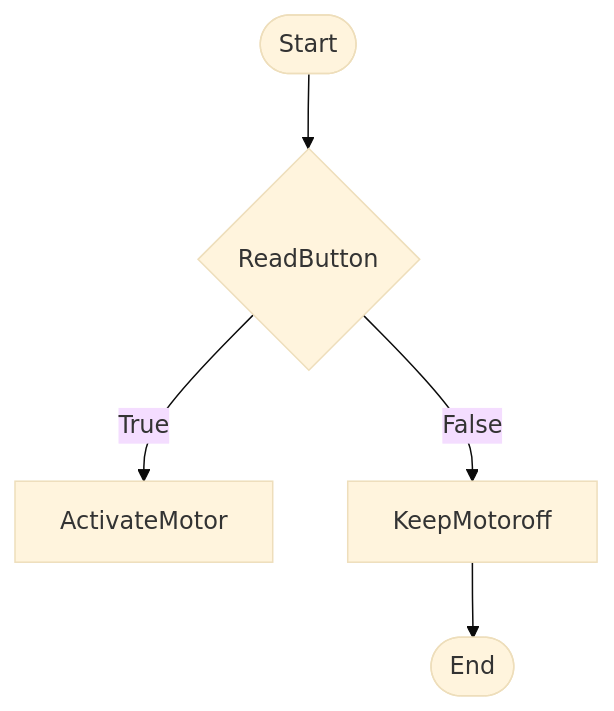
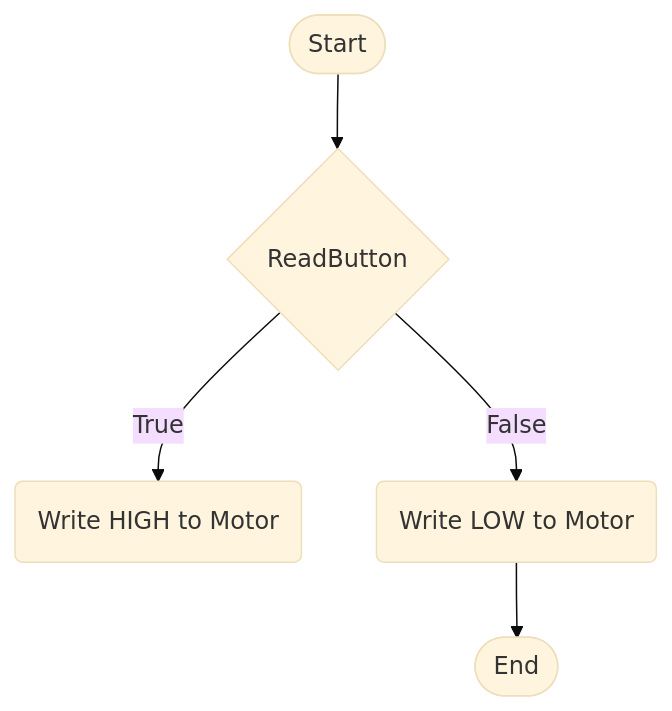
Before and after one commit to 0347846/ElectronicsBoard: the third of 5 diagrams in logic.md, drawn with Mermaid (base theme). The commit also changed other lines of this file, not shown here.

````diff
--- a/logic.md
+++ b/logic.md
@@ -31,9 +32,9 @@
 ``` mermaid
 flowchart TD
 terminalStart([Start])
 terminalEnd([End])
 terminalStart --> ButtonActivate{ReadButton}
-ButtonActivate --> |True| ActivateMotor
-ButtonActivate --> |False| KeepMotoroff
+ButtonActivate --> |True| Motor(Write HIGH to Motor)
+ButtonActivate --> |False| Motoroff(Write LOW to Motor)
 -->terminalEnd
 ```
````
